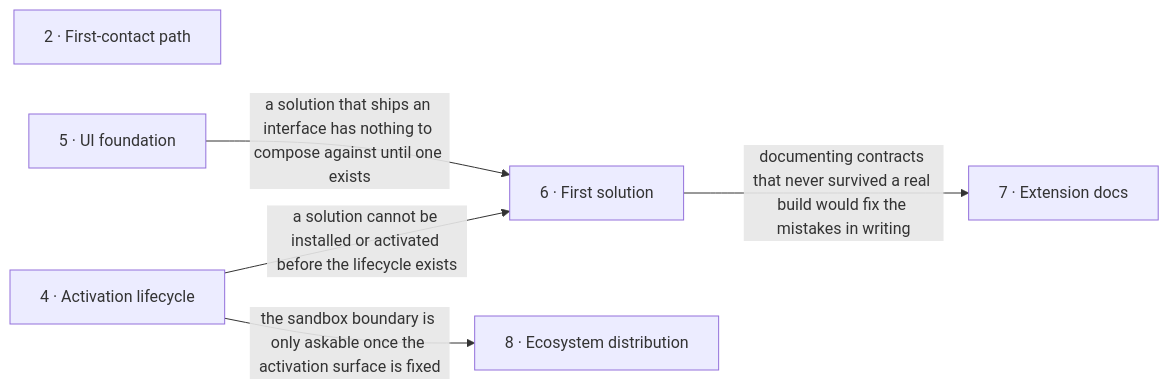
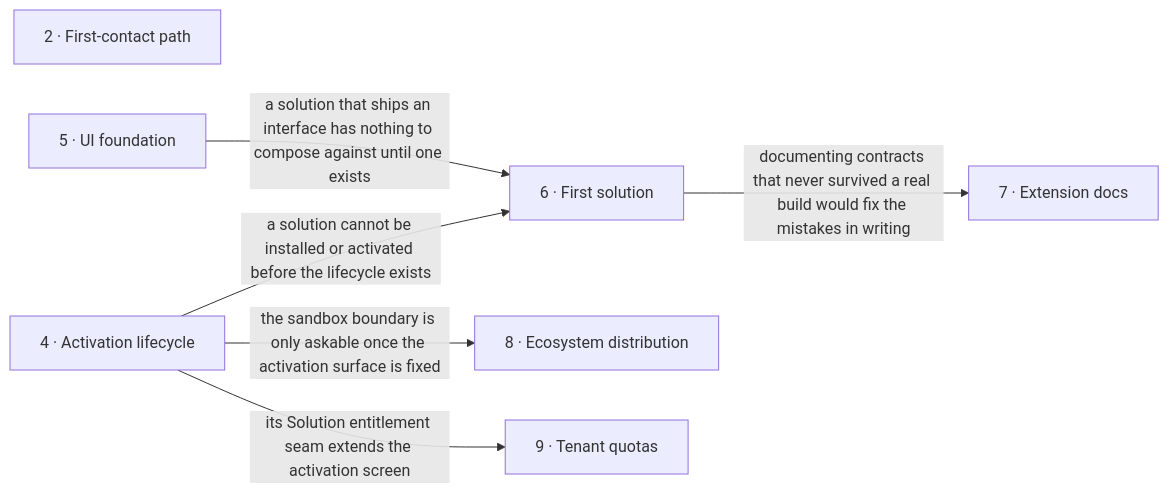
The diagram in docs/roadmap.md (fapost-lab/core), drawn with Mermaid before and after one commit. The commit also changed other lines of this file, not shown here.

First line of the commit message:
docs(roadmap): add tenant quotas as step 9 (#69)

````diff
--- a/docs/roadmap.md
+++ b/docs/roadmap.md
@@ -97,13 +98,15 @@
 ```mermaid
 flowchart LR
   s2["2 · First-contact path"]
   s4["4 · Activation lifecycle"]
   s5["5 · UI foundation"]
   s6["6 · First solution"]
   s7["7 · Extension docs"]
   s8["8 · Ecosystem distribution"]
+  s9["9 · Tenant quotas"]
   s4 -->|"a solution cannot be installed or activated before the lifecycle exists"| s6
   s5 -->|"a solution that ships an interface has nothing to compose against until one exists"| s6
   s6 -->|"documenting contracts that never survived a real build would fix the mistakes in writing"| s7
   s4 -->|"the sandbox boundary is only askable once the activation surface is fixed"| s8
+  s4 -->|"its Solution entitlement seam extends the activation screen"| s9
 ```
````
